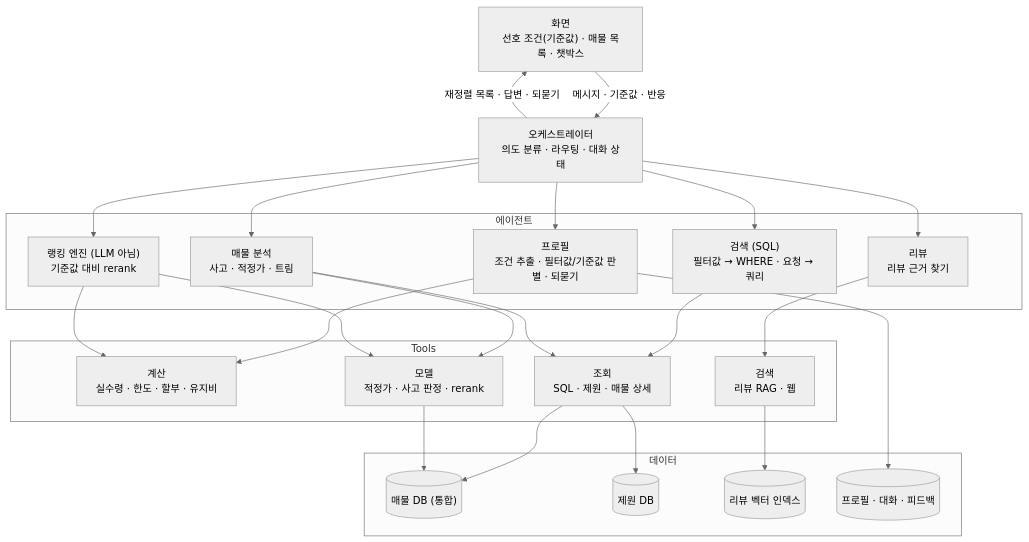
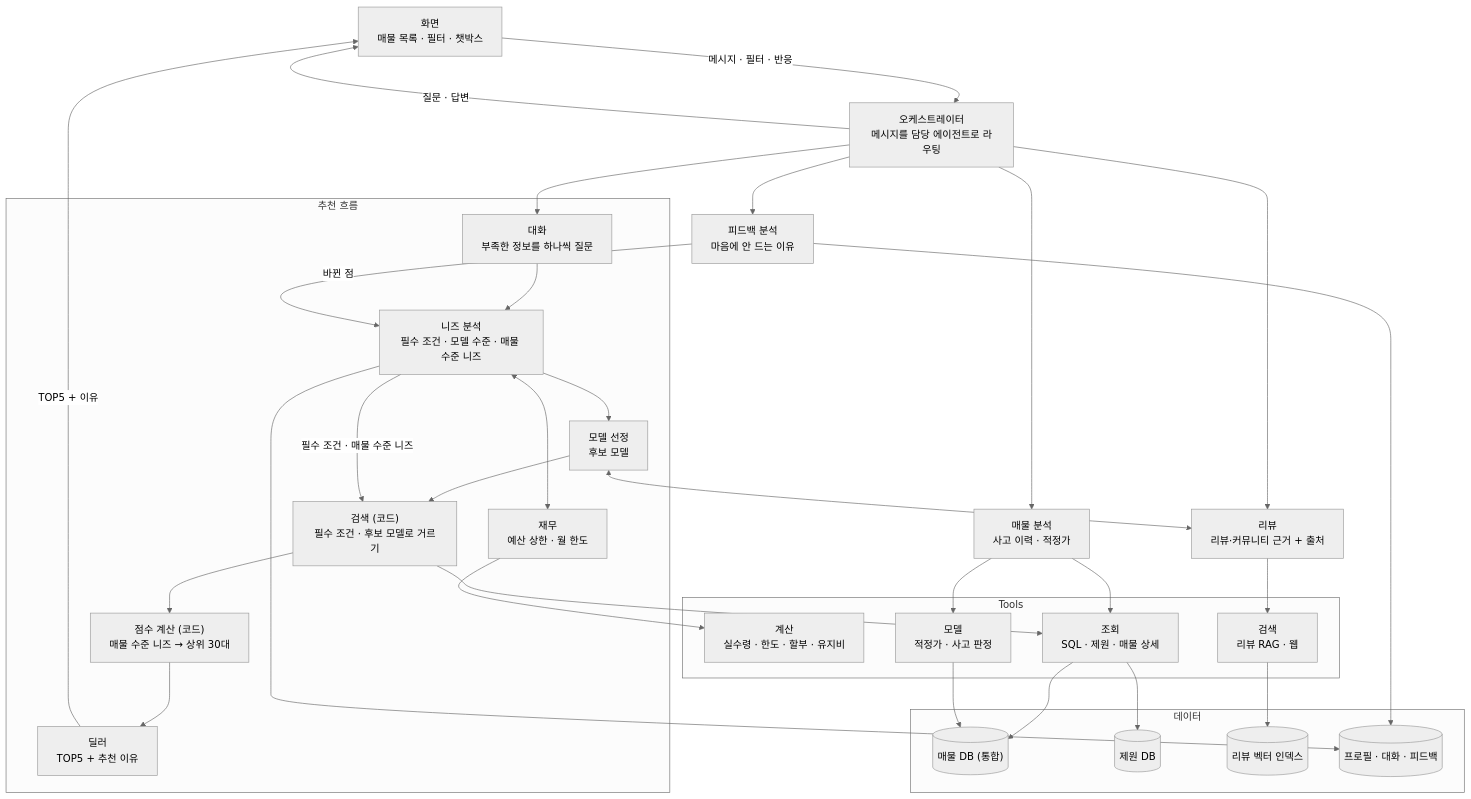
Before and after one commit to Jacod97/car-recommend-agent: the diagram in docs/project.md, drawn with Mermaid (neutral theme). The commit also changed other lines of this file and 10 other files, not shown here.

````diff
--- a/docs/project.md
+++ b/docs/project.md
@@ -36,51 +39,66 @@
 ```mermaid
 flowchart TB
-    UI["화면<br/>선호 조건(기준값) · 매물 목록 · 챗박스"]
+    UI["화면<br/>매물 목록 · 필터 · 챗박스"]
 
-    ORCH["오케스트레이터<br/>의도 분류 · 라우팅 · 대화 상태"]
+    ORCH["오케스트레이터<br/>메시지를 담당 에이전트로 라우팅"]
 
-    subgraph AGENTS["에이전트"]
-        PROFILE["프로필<br/>조건 추출 · 필터값/기준값 판별 · 되묻기"]
-        SQL["검색 (SQL)<br/>필터값 → WHERE · 요청 → 쿼리"]
-        INSPECT["매물 분석<br/>사고 · 적정가 · 트림"]
-        REVIEW["리뷰<br/>리뷰 근거 찾기"]
-        RANK["랭킹 엔진 (LLM 아님)<br/>기준값 대비 rerank"]
+    subgraph REC["추천 흐름"]
+        CHAT["대화<br/>부족한 정보를 하나씩 질문"]
+        NEEDS["니즈 분석<br/>필수 조건 · 모델 수준 · 매물 수준 니즈"]
+        FIN["재무<br/>예산 상한 · 월 한도"]
+        MODEL["모델 선정<br/>후보 모델"]
+        SEARCH["검색 (코드)<br/>필수 조건 · 후보 모델로 거르기"]
+        SCORE["점수 계산 (코드)<br/>매물 수준 니즈 → 상위 30대"]
+        DEALER["딜러<br/>TOP5 + 추천 이유"]
     end
+
+    FEEDBACK["피드백 분석<br/>마음에 안 드는 이유"]
+    INSPECT["매물 분석<br/>사고 이력 · 적정가"]
+    REVIEW["리뷰<br/>리뷰·커뮤니티 근거 + 출처"]
 
     subgraph TOOLS["Tools"]
         T_CALC["계산<br/>실수령 · 한도 · 할부 · 유지비"]
         T_QUERY["조회<br/>SQL · 제원 · 매물 상세"]
-        T_MODEL["모델<br/>적정가 · 사고 판정 · rerank"]
+        T_MODEL["모델<br/>적정가 · 사고 판정"]
         T_SEARCH["검색<br/>리뷰 RAG · 웹"]
     end
 
     subgraph DATA["데이터"]
         D_LIST[("매물 DB (통합)")]
         D_SPEC[("제원 DB")]
         D_REV[("리뷰 벡터 인덱스")]
         D_PROF[("프로필 · 대화 · 피드백")]
     end
 
-    UI -- "메시지 · 기준값 · 반응" --> ORCH
-    ORCH -- "재정렬 목록 · 답변 · 되묻기" --> UI
+    UI -- "메시지 · 필터 · 반응" --> ORCH
+    ORCH -- "질문 · 답변" --> UI
+    DEALER -- "TOP5 + 이유" --> UI
 
-    ORCH --> PROFILE
-    ORCH --> SQL
+    ORCH --> CHAT
+    ORCH --> FEEDBACK
     ORCH --> INSPECT
     ORCH --> REVIEW
-    ORCH --> RANK
 
-    PROFILE --> T_CALC
-    SQL --> T_QUERY
+    CHAT --> NEEDS
+    FEEDBACK -- "바뀐 점" --> NEEDS
+    NEEDS <--> FIN
+    NEEDS --> MODEL
+    MODEL <--> REVIEW
+    MODEL --> SEARCH
+    NEEDS -- "필수 조건 · 매물 수준 니즈" --> SEARCH
+    SEARCH --> SCORE
+    SCORE --> DEALER
+
+    FIN --> T_CALC
+    SEARCH --> T_QUERY
     INSPECT --> T_QUERY
     INSPECT --> T_MODEL
     REVIEW --> T_SEARCH
-    RANK --> T_MODEL
-    RANK --> T_CALC
 
     T_QUERY --> D_LIST
     T_QUERY --> D_SPEC
     T_MODEL --> D_LIST
     T_SEARCH --> D_REV
-    PROFILE --> D_PROF
+    NEEDS --> D_PROF
+    FEEDBACK --> D_PROF
 ```
````
